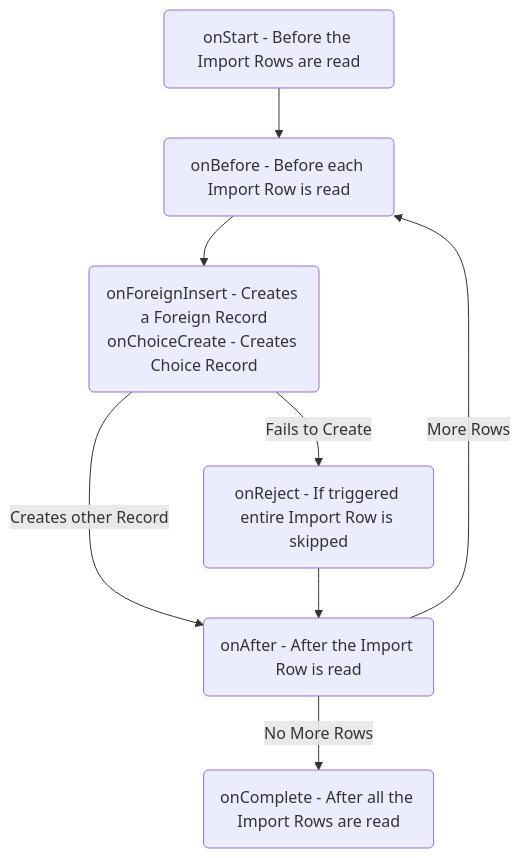
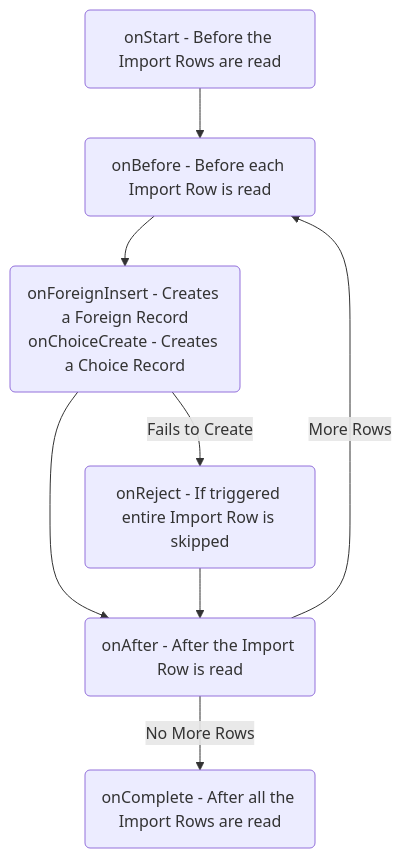
One commit to jacebenson/jace.pro changed the diagram in content/page/apis/transform-map-scripts.md. Above: the diagram before and after it, drawn with Mermaid.

```diff
--- a/content/page/apis/transform-map-scripts.md
+++ b/content/page/apis/transform-map-scripts.md
@@ -27,19 +27,19 @@
 {{<mermaid align="center">}}
 graph TD
   E1(onStart - Before the Import Rows are read)
   E2(onBefore - Before each Import Row is read)
-  E3(onForeignInsert - Creates a Foreign Record<br/>onChoiceCreate</div> - Creates Choice Record)
+  E3(onForeignInsert - Creates a Foreign Record<br/>onChoiceCreate - Creates a Choice Record)
   E4(onReject - If triggered entire Import Row is skipped)
   E5(onAfter - After the Import Row is read)
   E6(onComplete - After all the Import Rows are read)
 
 E1-->E2
 E2-->E3
-E3--Creates other Record-->E5
+E3-->E5
 E3--Fails to Create-->E4
 E4-->E5
 E5--No More Rows-->E6
 E5--More Rows-->E2
 
 
 {{< /mermaid >}}
```
